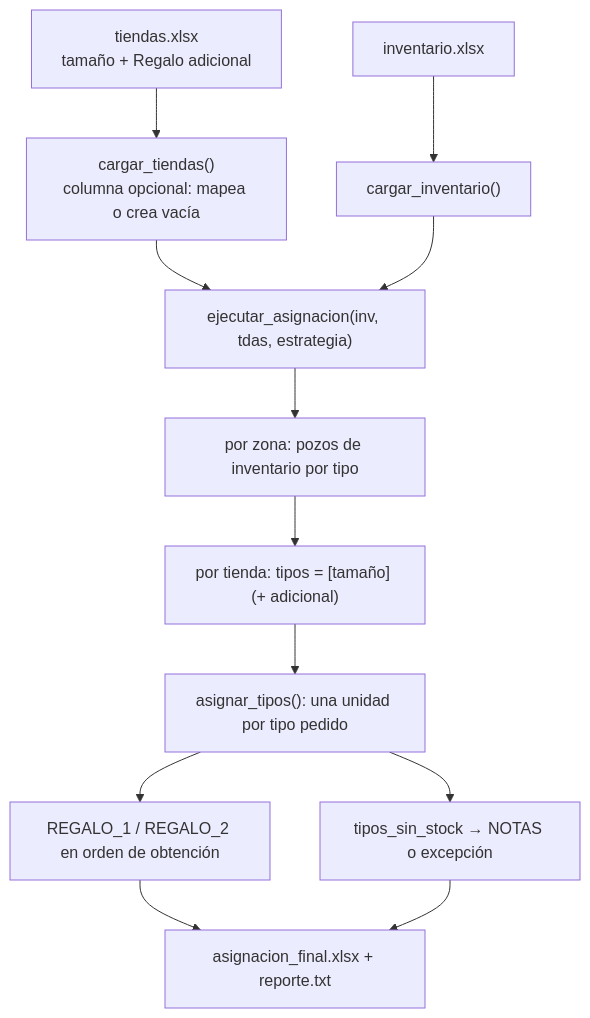
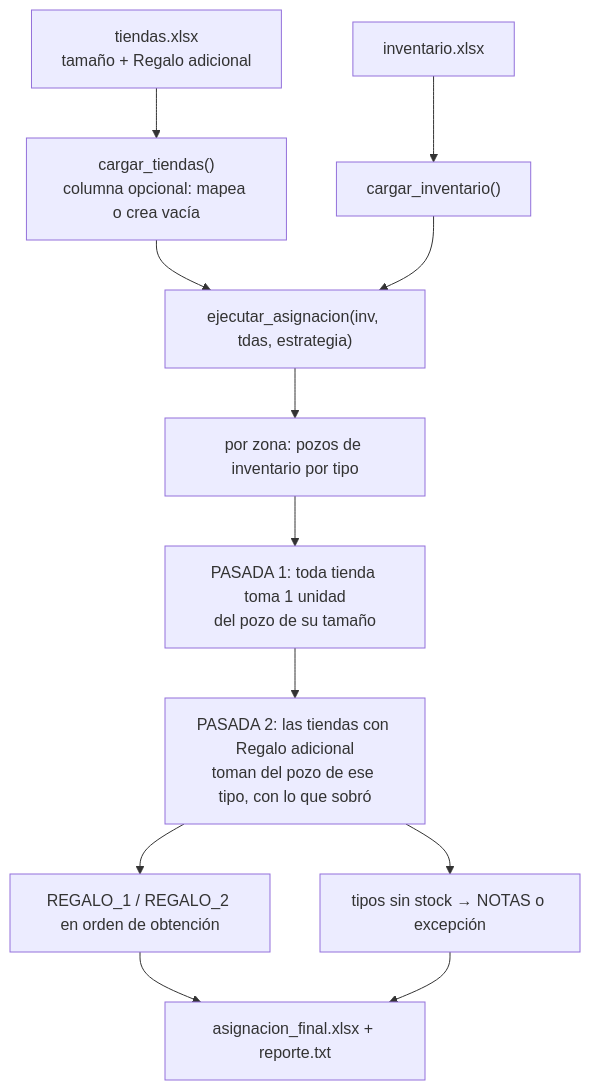
The diagram in docs/superpowers/specs/2026-09-09-regalo-adicional-design.md (MSiqueros/asignador_de_regalos), drawn with Mermaid before and after one commit. The commit also changed other lines of this file, not shown here.

First line of the commit message:
Prioriza el primer regalo de toda tienda sobre los adicionales

````diff
--- a/docs/superpowers/specs/2026-09-09-regalo-adicional-design.md
+++ b/docs/superpowers/specs/2026-09-09-regalo-adicional-design.md
@@ -246,14 +287,14 @@
 ```mermaid
 flowchart TD
     A["tiendas.xlsx<br/>tamaño + Regalo adicional"] --> B["cargar_tiendas()<br/>columna opcional: mapea o crea vacía"]
     C["inventario.xlsx"] --> D["cargar_inventario()"]
     B --> E["ejecutar_asignacion(inv, tdas, estrategia)"]
     D --> E
     E --> F["por zona: pozos de inventario por tipo"]
-    F --> G["por tienda: tipos = [tamaño] (+ adicional)"]
-    G --> H["asignar_tipos(): una unidad por tipo pedido"]
+    F --> G["PASADA 1: toda tienda toma 1 unidad<br/>del pozo de su tamaño"]
+    G --> H["PASADA 2: las tiendas con Regalo adicional<br/>toman del pozo de ese tipo, con lo que sobró"]
     H --> I["REGALO_1 / REGALO_2 en orden de obtención"]
-    H --> J["tipos_sin_stock → NOTAS o excepción"]
+    H --> J["tipos sin stock → NOTAS o excepción"]
     I --> K["asignacion_final.xlsx + reporte.txt"]
     J --> K
 ```
````
